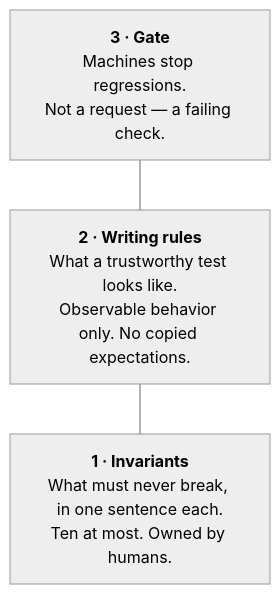
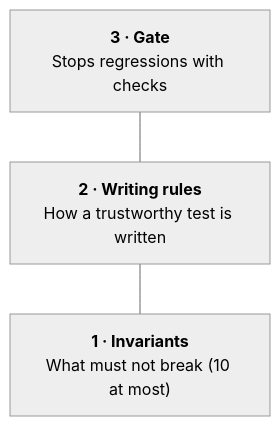
One commit to rerorets/hadome changed the second of 2 diagrams in README.md. Above: the diagram before and after it, drawn with Mermaid (neutral theme). The commit also changed other lines of this file and 20 other files, not shown here.

````diff
--- a/README.md
+++ b/README.md
@@ -197,7 +265,7 @@
 ```mermaid
 flowchart TB
-  G["<b>3 · Gate</b><br/>Machines stop regressions.<br/>Not a request — a failing check."]
-  R["<b>2 · Writing rules</b><br/>What a trustworthy test looks like.<br/>Observable behavior only. No copied expectations."]
-  I["<b>1 · Invariants</b><br/>What must never break, in one sentence each.<br/>Ten at most. Owned by humans."]
+  G["<b>3 · Gate</b><br/>Stops regressions with checks"]
+  R["<b>2 · Writing rules</b><br/>How a trustworthy test is written"]
+  I["<b>1 · Invariants</b><br/>What must not break (10 at most)"]
   G --- R --- I
 ```
````
